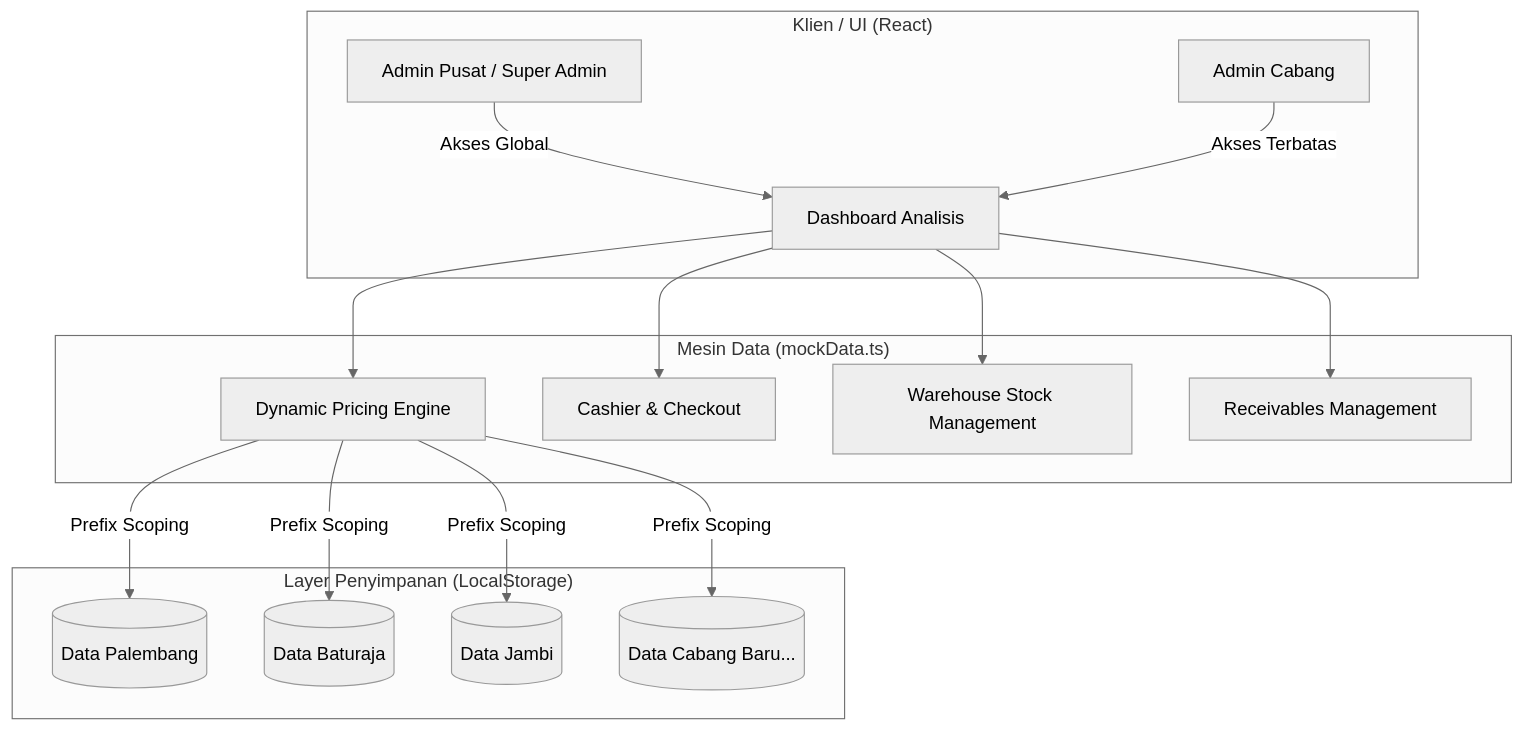
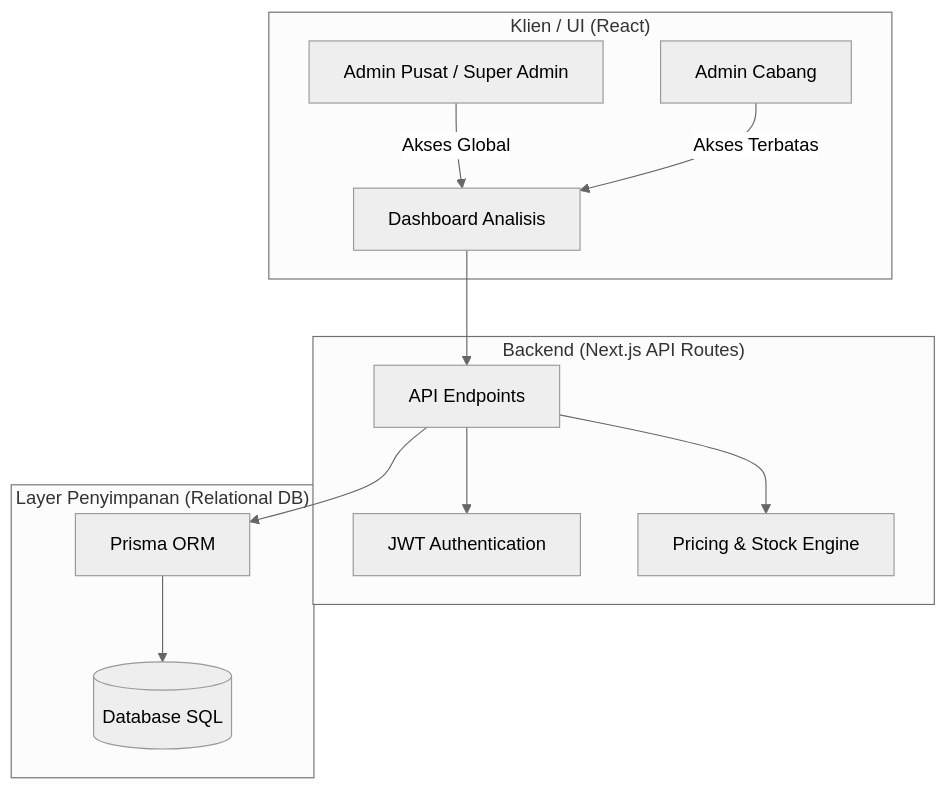
Before and after one commit to MarioSitepu/Wholesale-Distributor-Dashboard: the diagram in README.md, drawn with Mermaid (neutral theme). The commit also changed other lines of this file, not shown here.

````diff
--- a/README.md
+++ b/README.md
@@ -13,21 +13,18 @@
 ```mermaid
 graph TD
     subgraph klien ["Klien / UI (React)"]
         UA[Admin Pusat / Super Admin] -->|Akses Global| DB[Dashboard Analisis]
         UB[Admin Cabang] -->|Akses Terbatas| DB
     end
 
-    subgraph mesin_data ["Mesin Data (mockData.ts)"]
-        DB --> FE[Dynamic Pricing Engine]
-        DB --> CO[Cashier & Checkout]
-        DB --> SM[Warehouse Stock Management]
-        DB --> RM[Receivables Management]
+    subgraph backend ["Backend (Next.js API Routes)"]
+        DB --> API[API Endpoints]
+        API --> Auth[JWT Authentication]
+        API --> PE[Pricing & Stock Engine]
     end
 
-    subgraph layer_penyimpanan ["Layer Penyimpanan (LocalStorage)"]
-        FE -->|Prefix Scoping| LS1[(Data Palembang)]
-        FE -->|Prefix Scoping| LS2[(Data Baturaja)]
-        FE -->|Prefix Scoping| LS3[(Data Jambi)]
-        FE -->|Prefix Scoping| LSn[(Data Cabang Baru...)]
+    subgraph layer_penyimpanan ["Layer Penyimpanan (Relational DB)"]
+        API --> Prisma[Prisma ORM]
+        Prisma --> SQL[(Database SQL)]
     end
 ```
````
